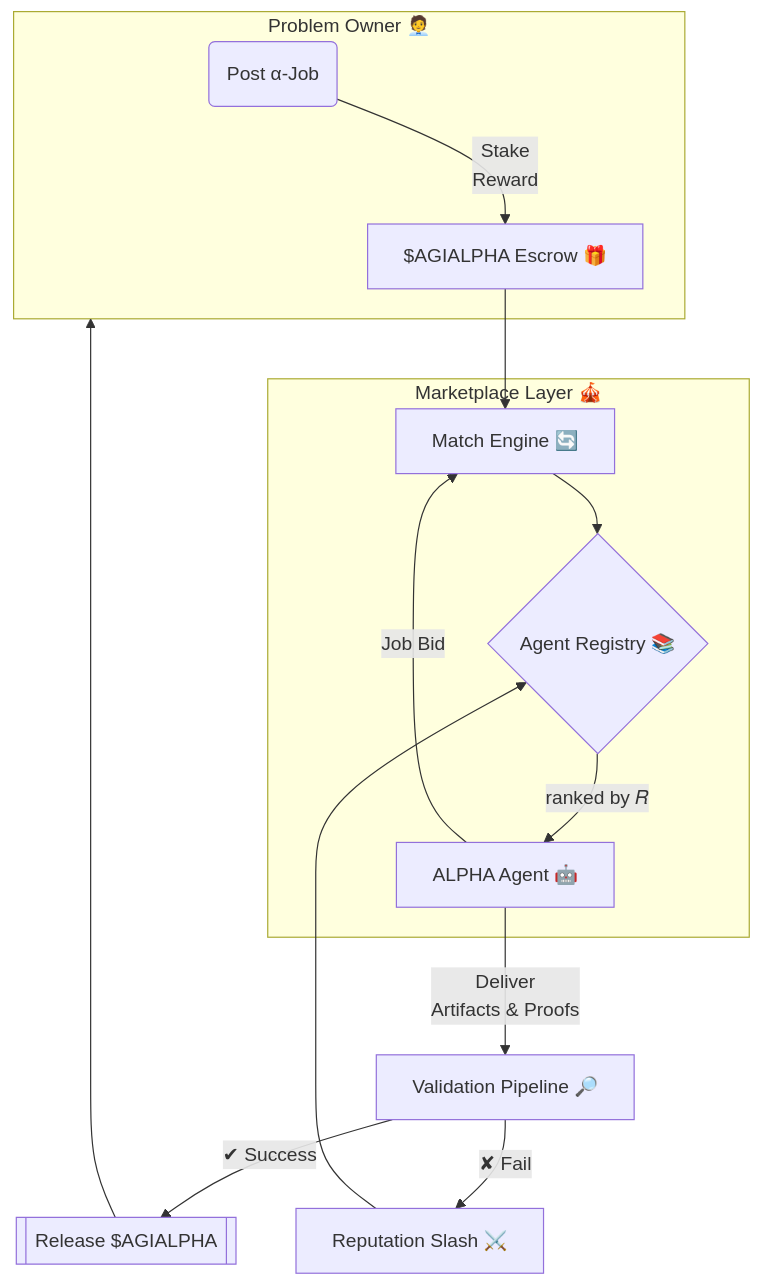
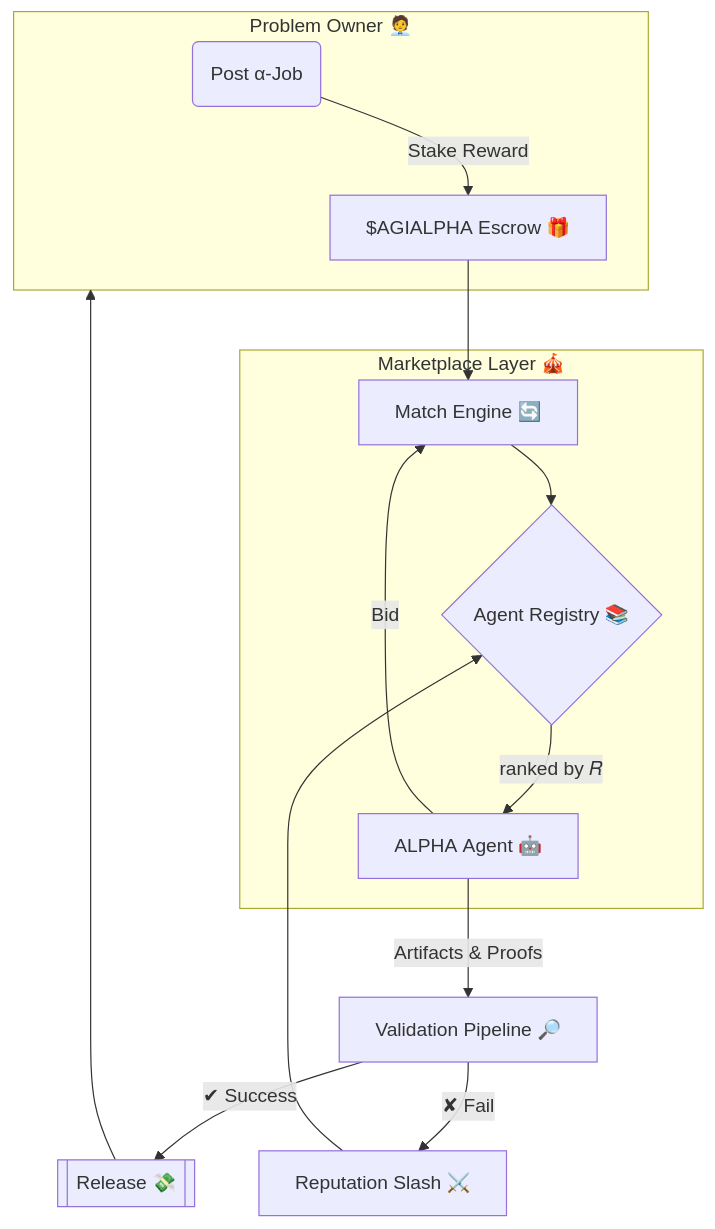
Before and after one commit to vishalbelsare/AGI-Alpha-Agent-v0: the diagram in alpha_factory_v1/demos/alpha_agi_marketplace_v01/README.md, drawn with Mermaid. The commit also changed other lines of this file, not shown here.

````diff
--- a/alpha_factory_v1/demos/alpha_agi_marketplace_v01/README.md
+++ b/alpha_factory_v1/demos/alpha_agi_marketplace_v01/README.md
@@ -64,21 +66,21 @@
 ```mermaid
 flowchart TB
     subgraph Client["Problem Owner 🧑‍💼"]
         A(Post α‑Job)
-        A-->|Stake<br/>Reward|Esc[$AGIALPHA Escrow 🎁]
+        A-->|Stake Reward|Esc[$AGIALPHA Escrow 🎁]
     end
 
     subgraph "Marketplace Layer 🎪"
-        Esc --> Match[Match Engine 🔄]
-        Match --> Reg{Agent Registry 📚}
-        Reg -->|ranked by 𝑅| Agent[ALPHA Agent 🤖]
-        Agent -->|Job Bid| Match
+        Esc --> Match[Match Engine 🔄]
+        Match --> Reg{Agent Registry 📚}
+        Reg -->|ranked by 𝑅| Agent[ALPHA Agent 🤖]
+        Agent -->|Bid| Match
     end
 
-    Agent -->|Deliver<br/>Artifacts & Proofs| Val[Validation Pipeline 🔎]
-    Val -->|✔ Success| Payout[[Release $AGIALPHA]]
-    Val -->|✘ Fail| Slash[Reputation Slash ⚔️]
+    Agent -->|Artifacts & Proofs| Val[Validation Pipeline 🔎]
+    Val -->|✔ Success| Payout[[Release 💸]]
+    Val -->|✘ Fail| Slash[Reputation Slash ⚔️]
 
     Payout --> Client
     Slash --> Reg
 ```
````
